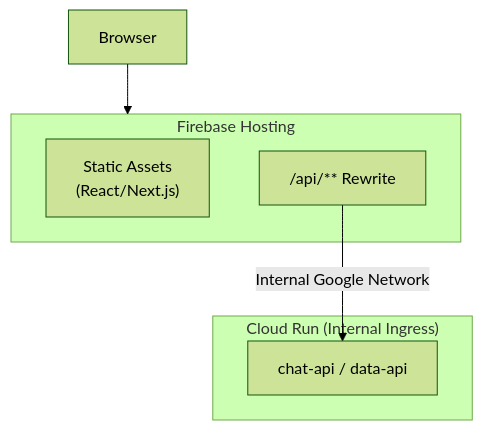
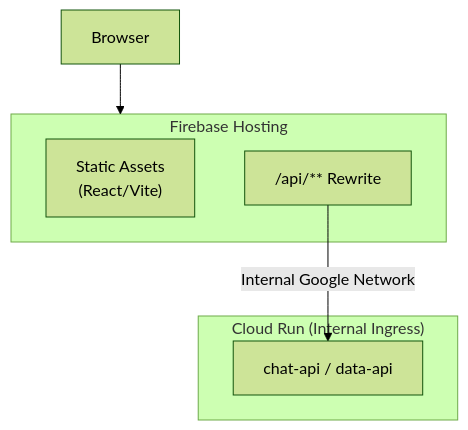
Before and after one commit to Schmoiger/start-here: the diagram in context/standards/build-standards.md, drawn with Mermaid (forest theme). The commit also changed other lines of this file and 11 other files, not shown here.

````diff
--- a/context/standards/build-standards.md
+++ b/context/standards/build-standards.md
@@ -105,14 +112,14 @@
 ```mermaid
 flowchart TB
     subgraph Firebase["Firebase Hosting"]
-        Static["Static Assets<br/>(React/Next.js)"]
+        Static["Static Assets<br/>(React/Vite)"]
         Rewrite["/api/** Rewrite"]
     end
 
     subgraph CloudRun["Cloud Run (Internal Ingress)"]
         Backend["chat-api / data-api"]
     end
 
     Browser["Browser"] --> Firebase
     Rewrite -->|"Internal Google Network"| Backend
 ```
````
